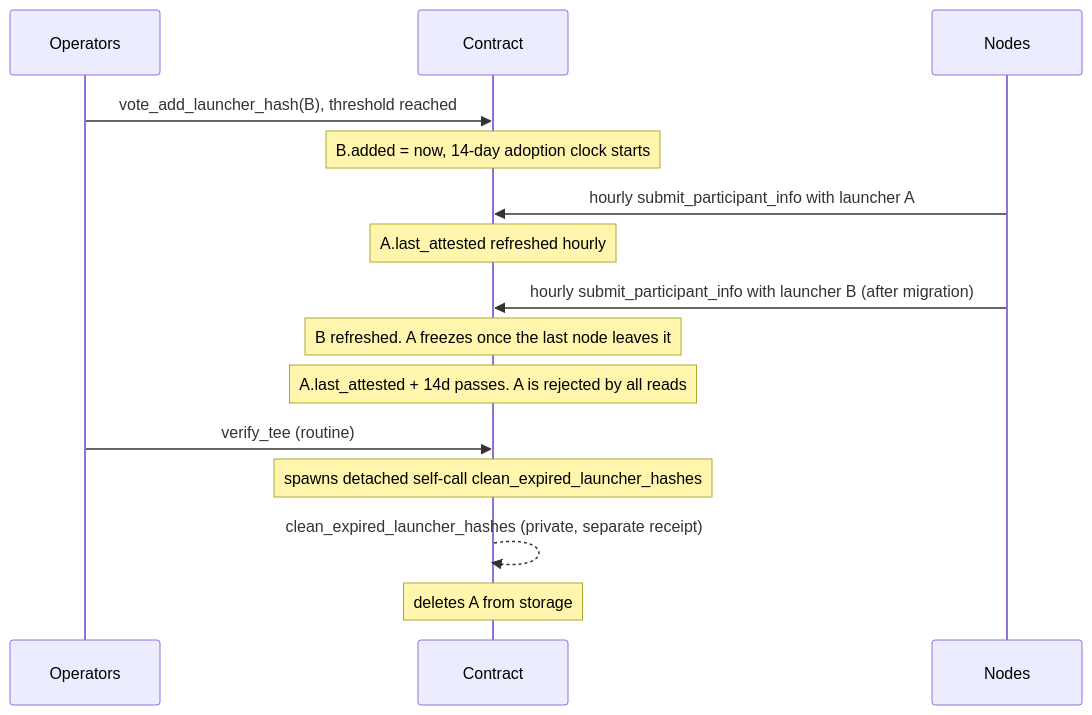
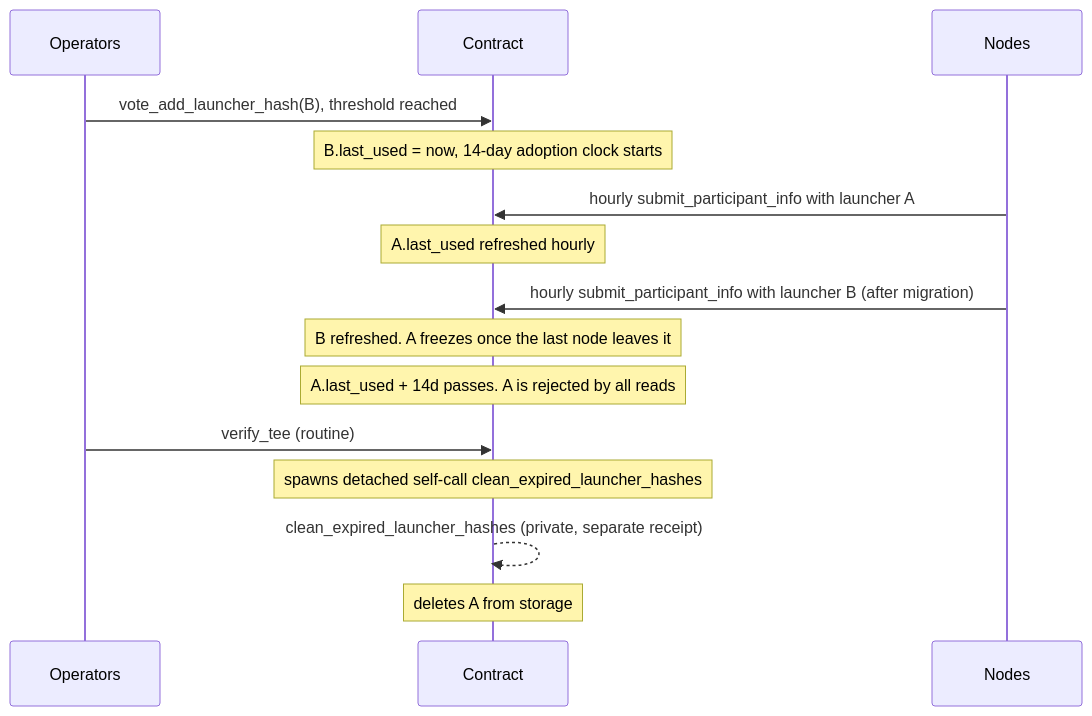
One commit to near/mpc changed the diagram in docs/design/auto-remove-launcher-hashes-design.md. Above: the diagram before and after it, drawn with Mermaid. The commit also changed other lines of this file and 3 other files, not shown here.

First line of the commit message:
refactor(contract): add_or_refresh returns AddOutcome; sync design doc to last_used

````diff
--- a/docs/design/auto-remove-launcher-hashes-design.md
+++ b/docs/design/auto-remove-launcher-hashes-design.md
@@ -94,18 +94,18 @@
 ```mermaid
 sequenceDiagram
     participant Ops as Operators
     participant C as Contract
     participant N as Nodes
 
     Ops->>C: vote_add_launcher_hash(B), threshold reached
-    Note over C: B.added = now, 14-day adoption clock starts
+    Note over C: B.last_used = now, 14-day adoption clock starts
     N->>C: hourly submit_participant_info with launcher A
-    Note over C: A.last_attested refreshed hourly
+    Note over C: A.last_used refreshed hourly
     N->>C: hourly submit_participant_info with launcher B (after migration)
     Note over C: B refreshed. A freezes once the last node leaves it
-    Note over C: A.last_attested + 14d passes. A is rejected by all reads
+    Note over C: A.last_used + 14d passes. A is rejected by all reads
     Ops->>C: verify_tee (routine)
     Note over C: spawns detached self-call clean_expired_launcher_hashes
     C-->>C: clean_expired_launcher_hashes (private, separate receipt)
     Note over C: deletes A from storage
 ```
````
